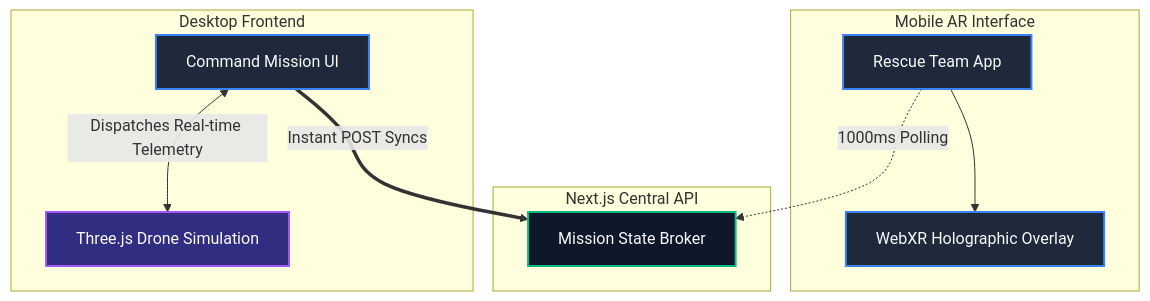
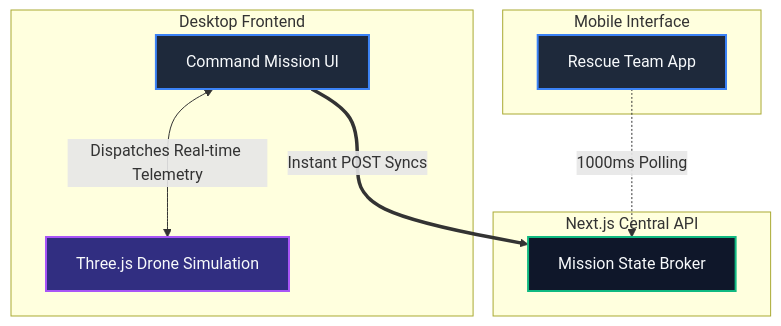
The diagram in README.md (Adesuwa007/Sky-Sentinel), drawn with Mermaid before and after one commit. The commit also changed other lines of this file, not shown here.

````diff
--- a/README.md
+++ b/README.md
@@ -44,26 +43,24 @@
 ```mermaid
 graph TD
     classDef ui fill:#1e293b,stroke:#3b82f6,stroke-width:2px,color:#f8fafc;
     classDef server fill:#0f172a,stroke:#10b981,stroke-width:2px,color:#f8fafc;
     classDef sim fill:#312e81,stroke:#a855f7,stroke-width:2px,color:#f8fafc;
     
-    subgraph Ground Rescue Edge [Mobile AR Interface]
+    subgraph Ground Rescue Edge [Mobile Interface]
         Rescue[Rescue Team App]:::ui
-        AR[WebXR Holographic Overlay]:::ui
-        Rescue --> AR
     end
 
     subgraph Backend [Next.js Central API]
         State[Mission State Broker]:::server
     end
 
     subgraph Command Center [Desktop Frontend]
         CC[Command Mission UI]:::ui
         3D[Three.js Drone Simulation]:::sim
         CC <-->|Dispatches Real-time Telemetry| 3D
     end
 
     %% Connections
     CC == "Instant POST Syncs" ==> State
     Rescue -. "1000ms Polling" .-> State
 ```
````
